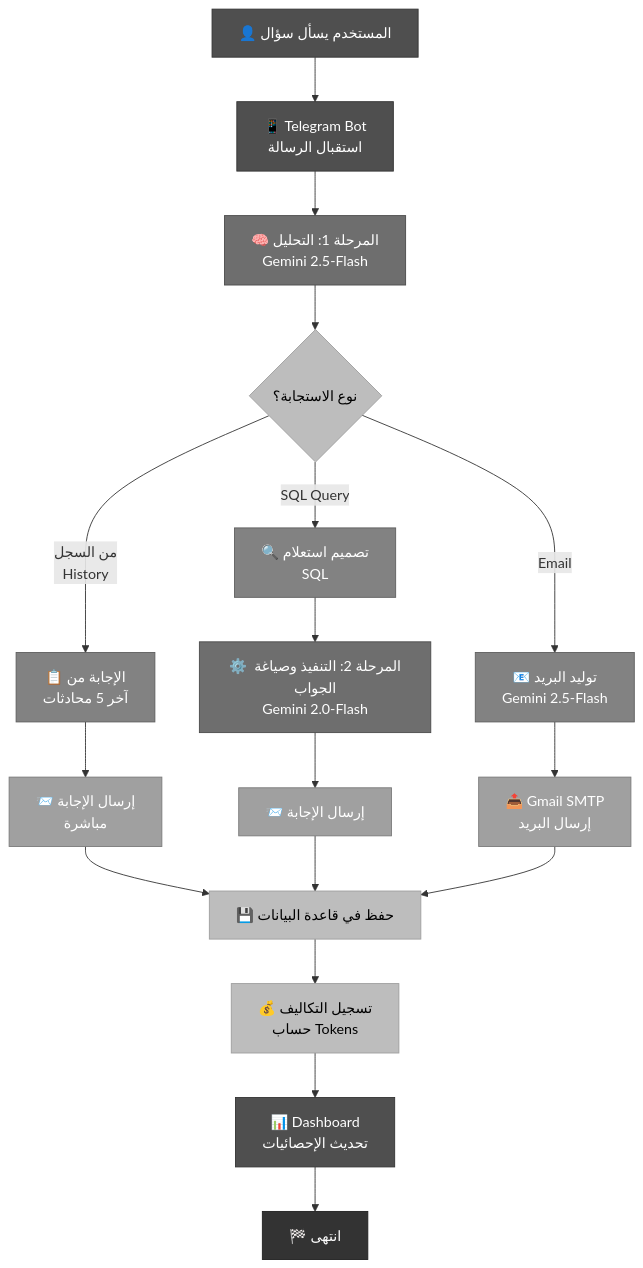
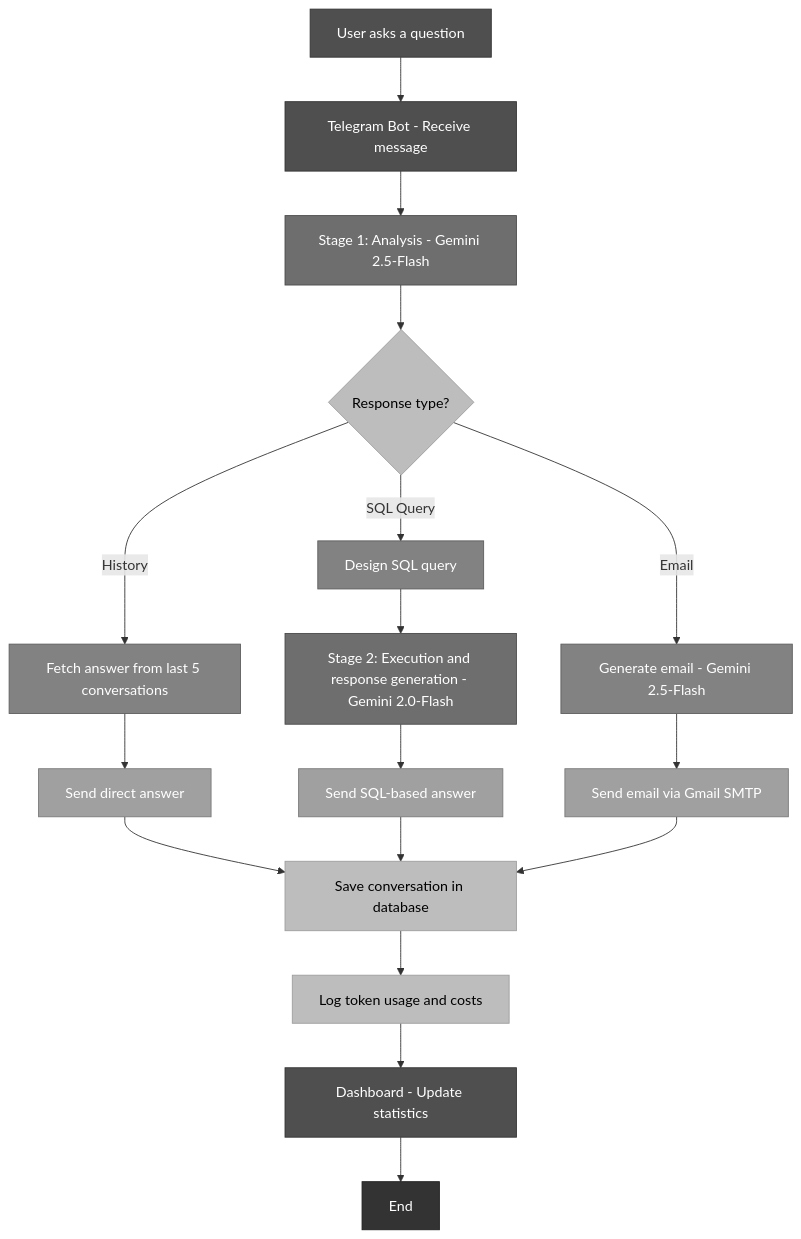
One commit to Bek0/AI-Telegram-Bot changed the first of 2 diagrams in README.md. Above: the diagram before and after it, drawn with Mermaid.

````diff
--- a/README.md
+++ b/README.md
@@ -8,52 +8,52 @@
 ```mermaid
 graph TD
-    Start["👤 المستخدم يسأل سؤال"] --> Input["📱 Telegram Bot<br/>استقبال الرسالة"]
-    Input --> Stage1["🧠 المرحلة 1: التحليل<br/>Gemini 2.5-Flash"]
+    Start["User asks a question"] --> Input["Telegram Bot - Receive message"]
+    Input --> Stage1["Stage 1: Analysis - Gemini 2.5-Flash"]
     
-    Stage1 --> Decide{نوع الاستجابة؟}
+    Stage1 --> Decide{Response type?}
     
     %% Path 1
-    Decide -->|من السجل<br/>History| DirectPath["📋 الإجابة من<br/>آخر 5 محادثات"]
-    DirectPath --> SendDirect["📨 إرسال الإجابة<br/>مباشرة"]
+    Decide -->|History| DirectPath["Fetch answer from last 5 conversations"]
+    DirectPath --> SendDirect["Send direct answer"]
     
     %% Path 2
-    Decide -->|SQL Query| SQLPath["🔍 تصميم استعلام<br/>SQL"]
-    SQLPath --> Stage2["⚙️ المرحلة 2: التنفيذ وصياغة الجواب<br/>Gemini 2.0-Flash"]
-    Stage2 --> SendSQL["📨 إرسال الإجابة"]
+    Decide -->|SQL Query| SQLPath["Design SQL query"]
+    SQLPath --> Stage2["Stage 2: Execution and response generation - Gemini 2.0-Flash"]
+    Stage2 --> SendSQL["Send SQL-based answer"]
     
     %% Path 3
-    Decide -->|Email| EmailPath["📧 توليد البريد<br/>Gemini 2.5-Flash"]
-    EmailPath --> SendEmail["📤 Gmail SMTP<br/>إرسال البريد"]
+    Decide -->|Email| EmailPath["Generate email - Gemini 2.5-Flash"]
+    EmailPath --> SendEmail["Send email via Gmail SMTP"]
     
     %% Logging
-    SendDirect --> SaveConv["💾 حفظ في قاعدة البيانات"]
+    SendDirect --> SaveConv["Save conversation in database"]
     SendSQL --> SaveConv
     SendEmail --> SaveConv
     
-    SaveConv --> LogCosts["💰 تسجيل التكاليف<br/>حساب Tokens"]
-    LogCosts --> Dashboard["📊 Dashboard<br/>تحديث الإحصائيات"]
-    Dashboard --> End["🏁 انتهى"]
+    SaveConv --> LogCosts["Log token usage and costs"]
+    LogCosts --> Dashboard["Dashboard - Update statistics"]
+    Dashboard --> End["End"]
     
     %% GREY THEME
     style Start fill:#4F4F4F,stroke:#333,color:#fff
     style Input fill:#4F4F4F,stroke:#333,color:#fff
 
     style Stage1 fill:#6E6E6E,stroke:#4A4A4A,color:#fff
     style Stage2 fill:#6E6E6E,stroke:#4A4A4A,color:#fff
 
     style Decide fill:#BDBDBD,stroke:#9E9E9E,color:#000
     style SaveConv fill:#BDBDBD,stroke:#9E9E9E,color:#000
     style LogCosts fill:#BDBDBD,stroke:#9E9E9E,color:#000
     
     style DirectPath fill:#828282,stroke:#5E5E5E,color:#fff
     style SQLPath fill:#828282,stroke:#5E5E5E,color:#fff
     style EmailPath fill:#828282,stroke:#5E5E5E,color:#fff
 
     style SendDirect fill:#A0A0A0,stroke:#7A7A7A,color:#fff
     style SendSQL fill:#A0A0A0,stroke:#7A7A7A,color:#fff
     style SendEmail fill:#A0A0A0,stroke:#7A7A7A,color:#fff
     
     style Dashboard fill:#4F4F4F,stroke:#333,color:#fff
     style End fill:#333333,stroke:#1F1F1F,color:#fff
 
 ```
````
